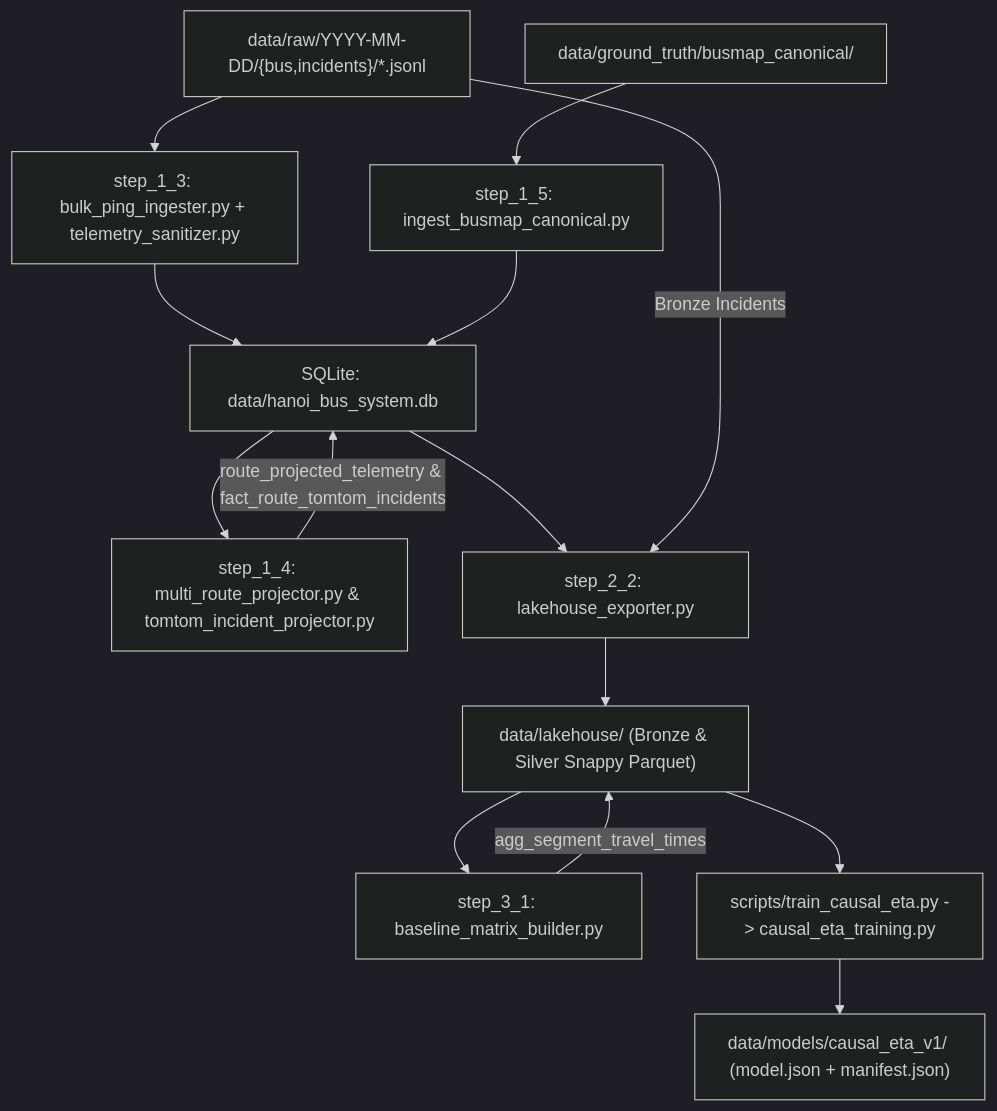
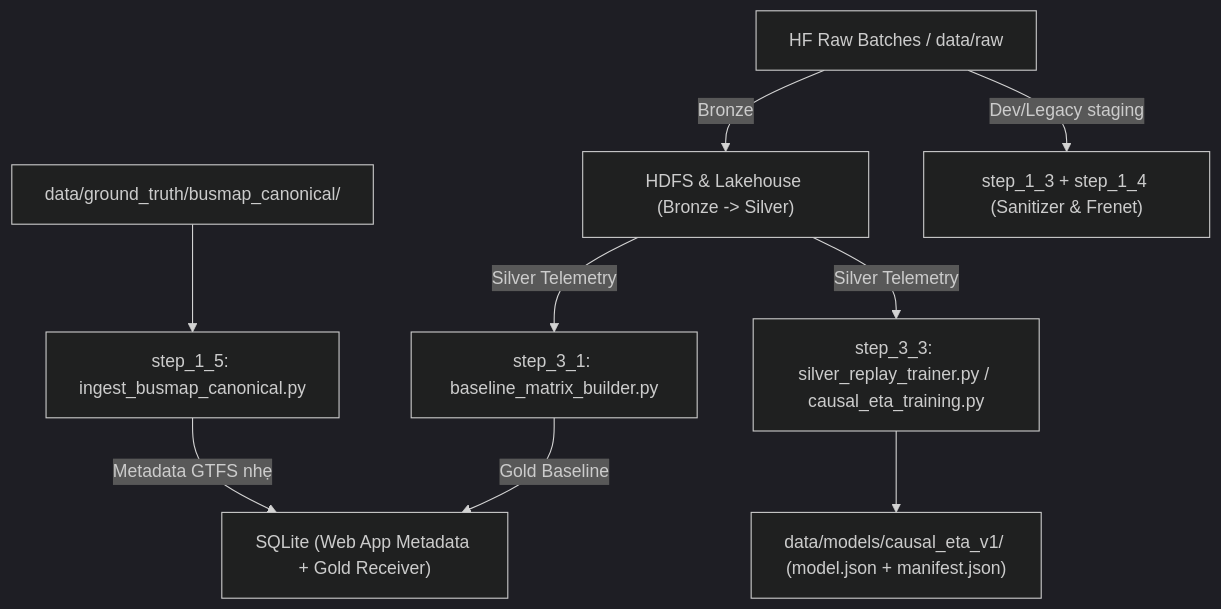
Before and after one commit to toibinguz/Bus_tracking: the diagram in docs/BATCH_VIEW_PIPELINE.md, drawn with Mermaid (dark theme). The commit also changed other lines of this file and 12 other files, not shown here.

Commit message:
docs: remove script wrapper references and clarify HDFS primary storage vs lightweight SQLite role

````diff
--- a/docs/BATCH_VIEW_PIPELINE.md
+++ b/docs/BATCH_VIEW_PIPELINE.md
@@ -9,16 +9,11 @@
 ```mermaid
 flowchart TD
-    RAW["data/raw/YYYY-MM-DD/{bus,incidents}/*.jsonl"] --> S13["step_1_3: bulk_ping_ingester.py + telemetry_sanitizer.py"]
+    RAW["HF Raw Batches / data/raw"] -->|"Bronze"| HDFS["HDFS & Lakehouse (Bronze -> Silver)"]
     GTFS["data/ground_truth/busmap_canonical/"] --> S15["step_1_5: ingest_busmap_canonical.py"]
-    S13 --> DB["SQLite: data/hanoi_bus_system.db"]
-    S15 --> DB
-    DB --> S14["step_1_4: multi_route_projector.py & tomtom_incident_projector.py"]
-    S14 -->|"route_projected_telemetry & fact_route_tomtom_incidents"| DB
-    DB --> S22["step_2_2: lakehouse_exporter.py"]
-    RAW -->|"Bronze Incidents"| S22
-    S22 --> LH["data/lakehouse/ (Bronze & Silver Snappy Parquet)"]
-    LH --> S31["step_3_1: baseline_matrix_builder.py"]
-    S31 -->|"agg_segment_travel_times"| LH
-    LH --> S33["scripts/train_causal_eta.py -> causal_eta_training.py"]
+    S15 -->|"Metadata GTFS nhẹ"| DB["SQLite (Web App Metadata + Gold Receiver)"]
+    RAW -->|"Dev/Legacy staging"| S13["step_1_3 + step_1_4 (Sanitizer & Frenet)"]
+    HDFS -->|"Silver Telemetry"| S31["step_3_1: baseline_matrix_builder.py"]
+    S31 -->|"Gold Baseline"| DB
+    HDFS -->|"Silver Telemetry"| S33["step_3_3: silver_replay_trainer.py / causal_eta_training.py"]
     S33 --> MODEL["data/models/causal_eta_v1/ (model.json + manifest.json)"]
 ```
````
